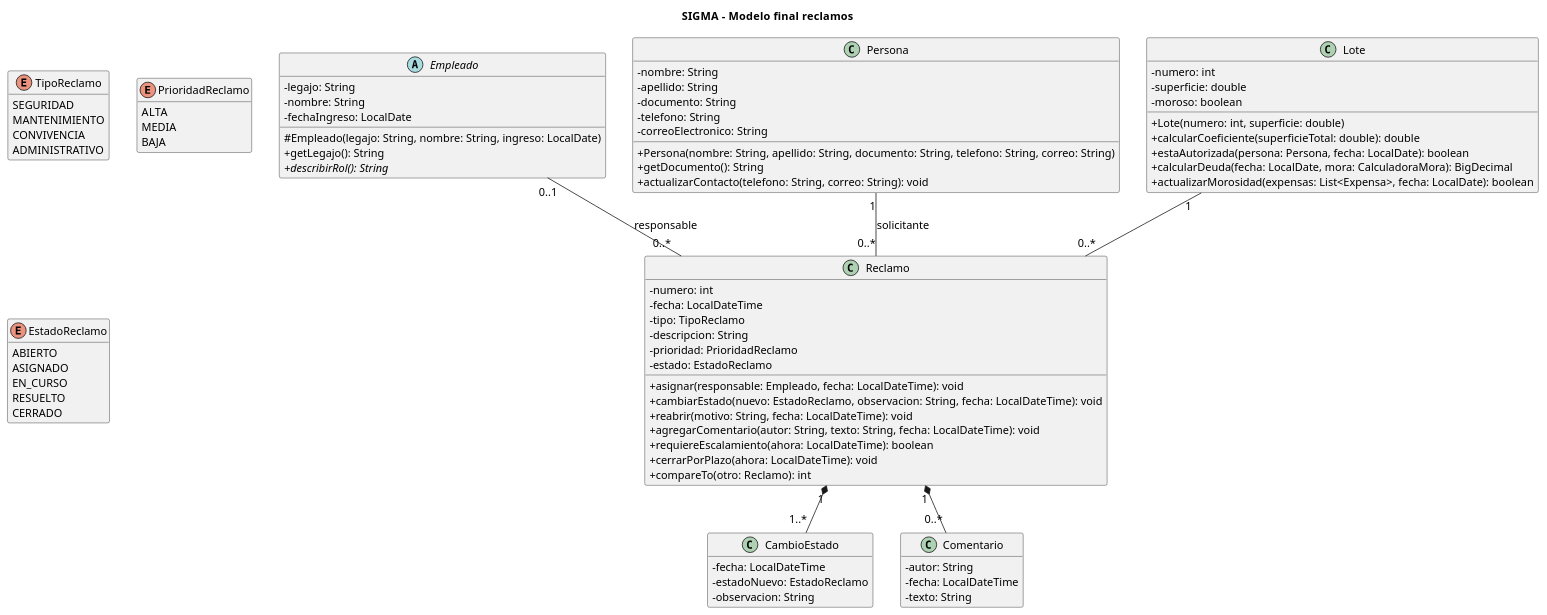
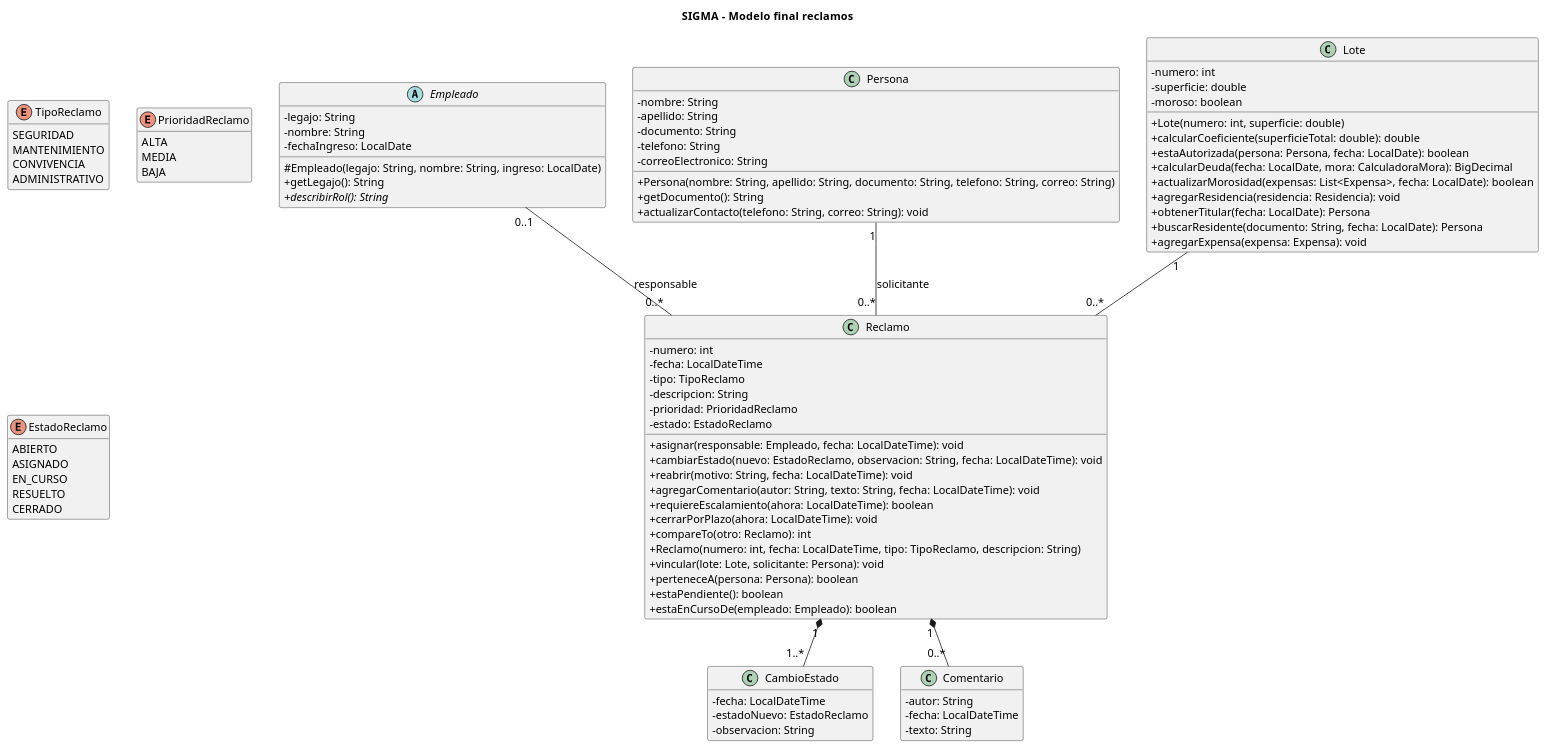
The diagram in docs/uml/02-reclamos.puml (fedemarr/TP-POO-SIGMA), drawn with PlantUML before and after one commit. The commit also changed 42 other files, not shown here.

```diff
--- a/docs/uml/02-reclamos.puml
+++ b/docs/uml/02-reclamos.puml
@@ -1,94 +1,103 @@
 @startuml 02-reclamos
 title SIGMA - Modelo final   reclamos
 scale max 3800*3800
 skinparam defaultFontName Arial
 skinparam defaultFontSize 14
 skinparam classAttributeIconSize 0
 skinparam shadowing false
 hide empty members
 
 class Reclamo {
     - numero: int
     - fecha: LocalDateTime
     - tipo: TipoReclamo
     - descripcion: String
     - prioridad: PrioridadReclamo
     - estado: EstadoReclamo
     + asignar(responsable: Empleado, fecha: LocalDateTime): void
     + cambiarEstado(nuevo: EstadoReclamo, observacion: String, fecha: LocalDateTime): void
     + reabrir(motivo: String, fecha: LocalDateTime): void
     + agregarComentario(autor: String, texto: String, fecha: LocalDateTime): void
     + requiereEscalamiento(ahora: LocalDateTime): boolean
     + cerrarPorPlazo(ahora: LocalDateTime): void
     + compareTo(otro: Reclamo): int
+    + Reclamo(numero: int, fecha: LocalDateTime, tipo: TipoReclamo, descripcion: String)
+    + vincular(lote: Lote, solicitante: Persona): void
+    + perteneceA(persona: Persona): boolean
+    + estaPendiente(): boolean
+    + estaEnCursoDe(empleado: Empleado): boolean
   }
 
 class CambioEstado {
     - fecha: LocalDateTime
     - estadoNuevo: EstadoReclamo
     - observacion: String
   }
 
 class Comentario {
     - autor: String
     - fecha: LocalDateTime
     - texto: String
   }
 
 enum TipoReclamo {
     SEGURIDAD
     MANTENIMIENTO
     CONVIVENCIA
     ADMINISTRATIVO
   }
 
 enum PrioridadReclamo {
     ALTA
     MEDIA
     BAJA
   }
 
 enum EstadoReclamo {
     ABIERTO
     ASIGNADO
     EN_CURSO
     RESUELTO
     CERRADO
   }
 
 abstract class Empleado {
     - legajo: String
     - nombre: String
     - fechaIngreso: LocalDate
     # Empleado(legajo: String, nombre: String, ingreso: LocalDate)
     + getLegajo(): String
     + {abstract} describirRol(): String
   }
 
 class Persona {
     - nombre: String
     - apellido: String
     - documento: String
     - telefono: String
     - correoElectronico: String
     + Persona(nombre: String, apellido: String, documento: String, telefono: String, correo: String)
     + getDocumento(): String
     + actualizarContacto(telefono: String, correo: String): void
   }
 
 class Lote {
     - numero: int
     - superficie: double
     - moroso: boolean
     + Lote(numero: int, superficie: double)
     + calcularCoeficiente(superficieTotal: double): double
     + estaAutorizada(persona: Persona, fecha: LocalDate): boolean
     + calcularDeuda(fecha: LocalDate, mora: CalculadoraMora): BigDecimal
     + actualizarMorosidad(expensas: List<Expensa>, fecha: LocalDate): boolean
+    + agregarResidencia(residencia: Residencia): void
+    + obtenerTitular(fecha: LocalDate): Persona
+    + buscarResidente(documento: String, fecha: LocalDate): Persona
+    + agregarExpensa(expensa: Expensa): void
   }
 Lote "1" -- "0..*" Reclamo
 Persona "1" -- "0..*" Reclamo : solicitante
 Empleado "0..1" -- "0..*" Reclamo : responsable
 Reclamo "1" *-- "1..*" CambioEstado
 Reclamo "1" *-- "0..*" Comentario
 @enduml
```
